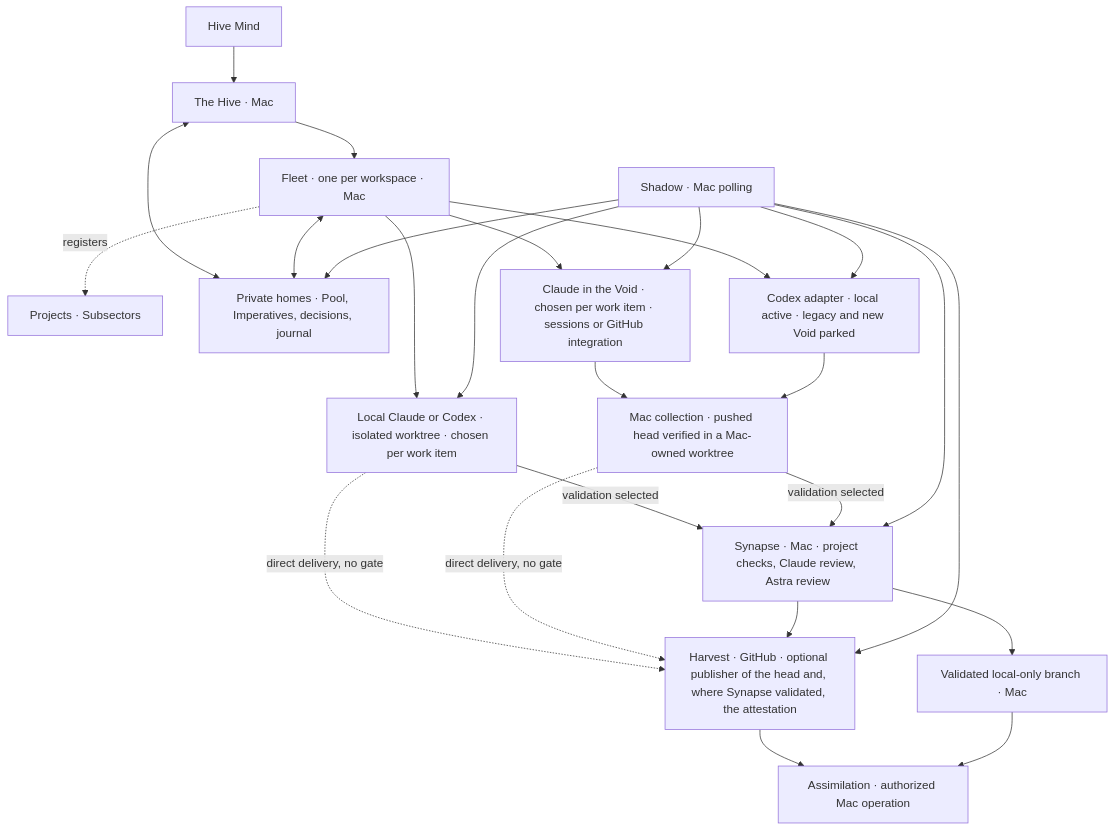
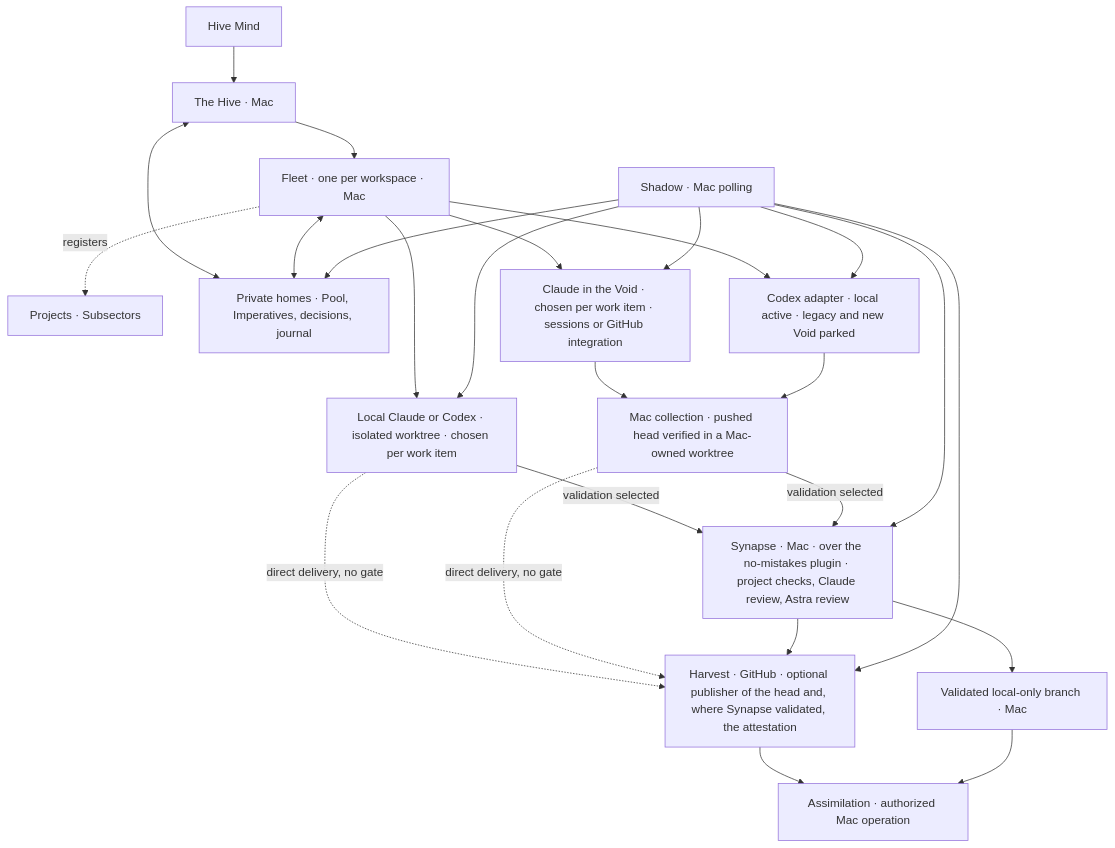
One commit to kesk-git/hive changed the diagram in docs/design.md. Above: the diagram before and after it, drawn with Mermaid. The commit also changed other lines of this file and 1 other file, not shown here.

First line of the commit message:
docs: run Synapse over no-mistakes as a long-lived plugin point and place the native gate after the pilot

````diff
--- a/docs/design.md
+++ b/docs/design.md
@@ -42,27 +42,27 @@
 ```mermaid
 flowchart TD
     Mind[Hive Mind] --> Hive[The Hive · Mac]
     Hive --> Fleet[Fleet · one per workspace · Mac]
     Fleet -. registers .-> Projects[Projects · Subsectors]
     Hive <--> Private[Private homes · Pool, Imperatives, decisions, journal]
     Fleet <--> Private
     Fleet --> Local[Local Claude or Codex · isolated worktree · chosen per work item]
     Fleet --> Claude[Claude in the Void · chosen per work item · sessions or GitHub integration]
     Fleet --> Codex[Codex adapter · local active · legacy and new Void parked]
-    Local -- validation selected --> Synapse[Synapse · Mac · project checks, Claude review, Astra review]
+    Local -- validation selected --> Synapse[Synapse · Mac · over the no-mistakes plugin · project checks, Claude review, Astra review]
     Claude --> Collection[Mac collection · pushed head verified in a Mac-owned worktree]
     Codex --> Collection
     Collection -- validation selected --> Synapse
     Local -. direct delivery, no gate .-> Harvest
     Collection -. direct delivery, no gate .-> Harvest
     Synapse --> Harvest[Harvest · GitHub · optional publisher of the head and, where Synapse validated, the attestation]
     Synapse --> Branch[Validated local-only branch · Mac]
     Harvest --> Assimilation[Assimilation · authorized Mac operation]
     Branch --> Assimilation
     Shadow[Shadow · Mac polling] --> Private
     Shadow --> Local
     Shadow --> Claude
     Shadow --> Codex
     Shadow --> Synapse
     Shadow --> Harvest
 ```
````
